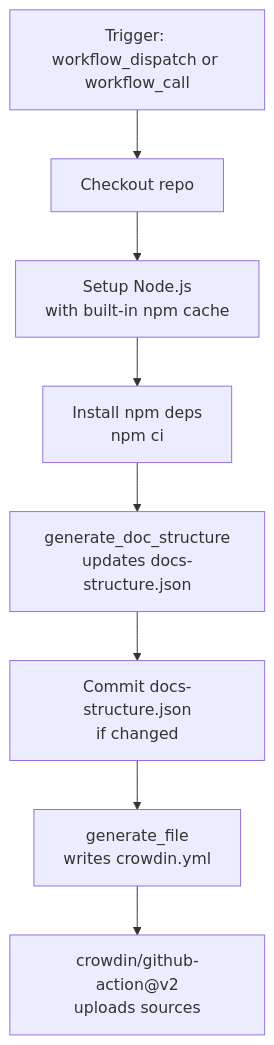
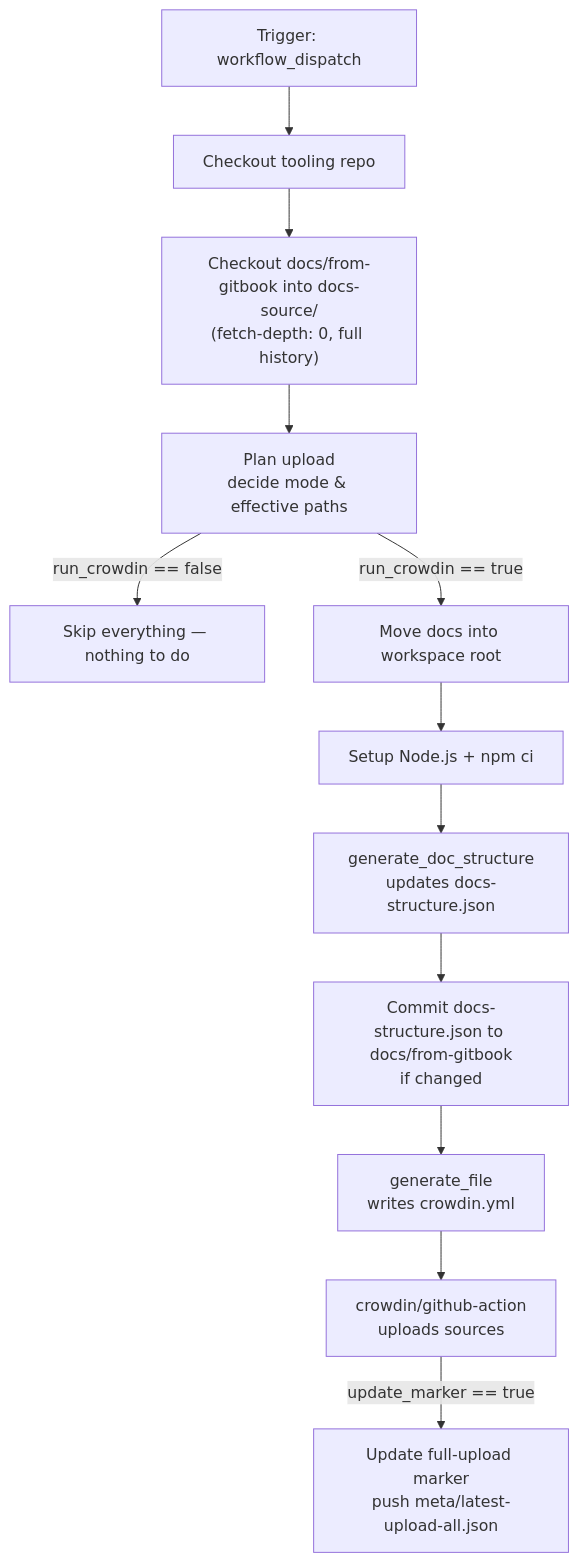
One commit to pagopa/devportal-docs changed the first of 6 diagrams in upload_sources_to_crowdin_workflow.md. Above: the diagram before and after it, drawn with Mermaid. The commit also changed other lines of this file and 1 other file, not shown here.

First line of the commit message:
[DEV-4450] diff-based full upload logic (#221)

````diff
--- a/upload_sources_to_crowdin_workflow.md
+++ b/upload_sources_to_crowdin_workflow.md
@@ -11,10 +16,14 @@
 ```mermaid
 flowchart TD
-    A[Trigger: workflow_dispatch or workflow_call] --> B[Checkout repo]
-    B --> C[Setup Node.js<br/>with built-in npm cache]
-    C --> D[Install npm deps<br/>npm ci]
-    D --> E[generate_doc_structure<br/>updates docs-structure.json]
-    E --> F[Commit docs-structure.json<br/>if changed]
-    F --> G[generate_file<br/>writes crowdin.yml]
-    G --> H["crowdin/github-action@v2<br/>uploads sources"]
+    A[Trigger: workflow_dispatch] --> B[Checkout tooling repo]
+    B --> C["Checkout docs/from-gitbook into docs-source/<br/>(fetch-depth: 0, full history)"]
+    C --> P[Plan upload<br/>decide mode & effective paths]
+    P -->|run_crowdin == false| Z[Skip everything — nothing to do]
+    P -->|run_crowdin == true| D[Move docs into workspace root]
+    D --> E[Setup Node.js + npm ci]
+    E --> F[generate_doc_structure<br/>updates docs-structure.json]
+    F --> G[Commit docs-structure.json to docs/from-gitbook<br/>if changed]
+    G --> H[generate_file<br/>writes crowdin.yml]
+    H --> I["crowdin/github-action<br/>uploads sources"]
+    I -->|update_marker == true| J[Update full-upload marker<br/>push meta/latest-upload-all.json]
 ```
````
